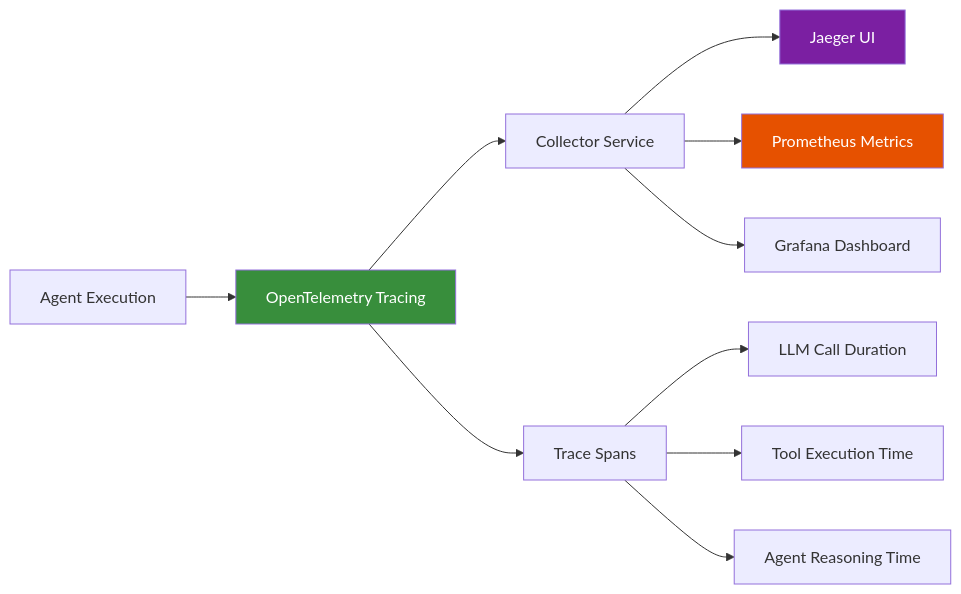
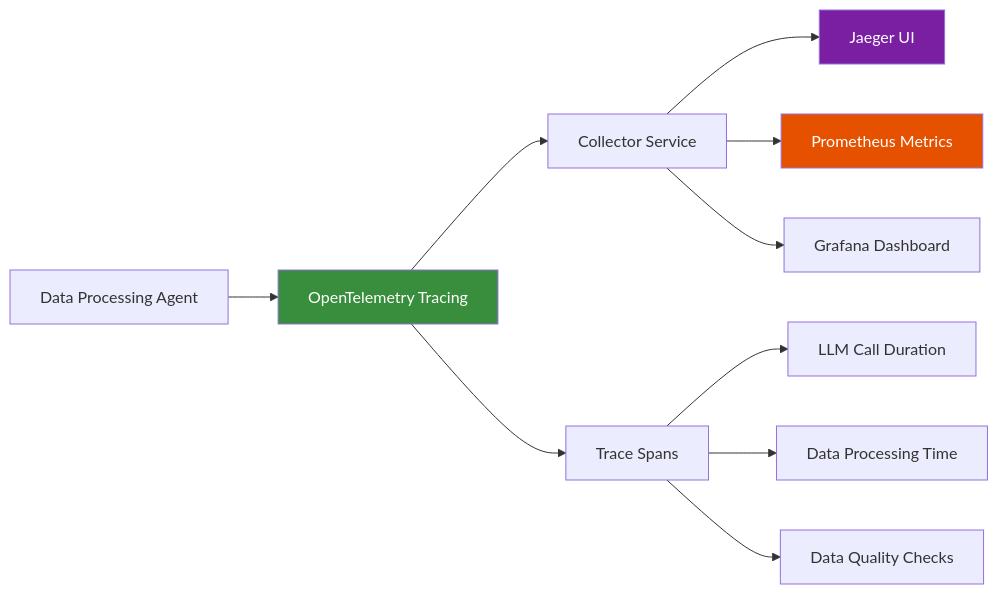
Before and after one commit to fwornle/agentic-ai-nano: the ninth of 15 diagrams in docs-content/01_frameworks/Session1_ModuleD_Coding_Assistant_Case_Study.md, drawn with Mermaid. The commit also changed other lines of this file and 18 other files, not shown here.

````diff
--- a/docs-content/01_frameworks/Session1_ModuleD_Coding_Assistant_Case_Study.md
+++ b/docs-content/01_frameworks/Session1_ModuleD_Coding_Assistant_Case_Study.md
@@ -527,17 +546,17 @@
 ```mermaid
 graph LR
-    A[Agent Execution] --> T[OpenTelemetry Tracing]
+    A[Data Processing Agent] --> T[OpenTelemetry Tracing]
     T --> C[Collector Service]
     C --> J[Jaeger UI]
     C --> P[Prometheus Metrics]
     C --> G[Grafana Dashboard]
     
     T --> SPANS[Trace Spans]
     SPANS --> LLM[LLM Call Duration]
-    SPANS --> TOOL[Tool Execution Time]
-    SPANS --> AGENT[Agent Reasoning Time]
+    SPANS --> DATA[Data Processing Time]
+    SPANS --> QUALITY[Data Quality Checks]
     
     style T fill:#388E3C,color:#ffffff
     style J fill:#7B1FA2,color:#ffffff
     style P fill:#E65100,color:#ffffff
 ```
````
